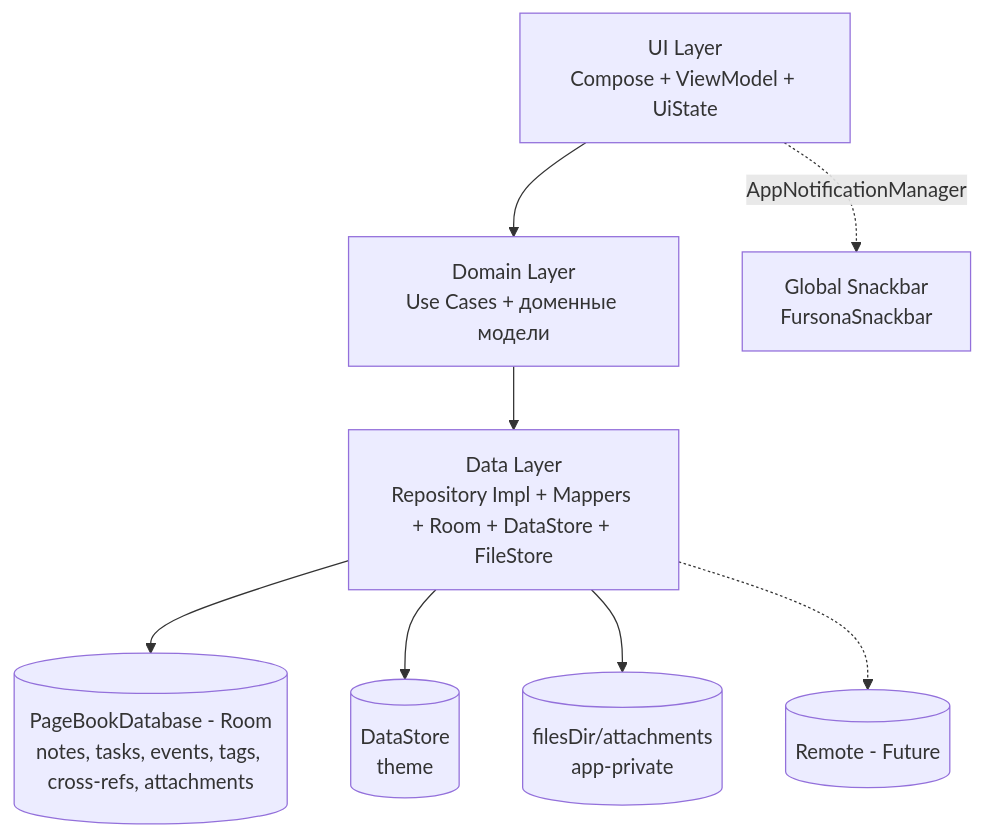
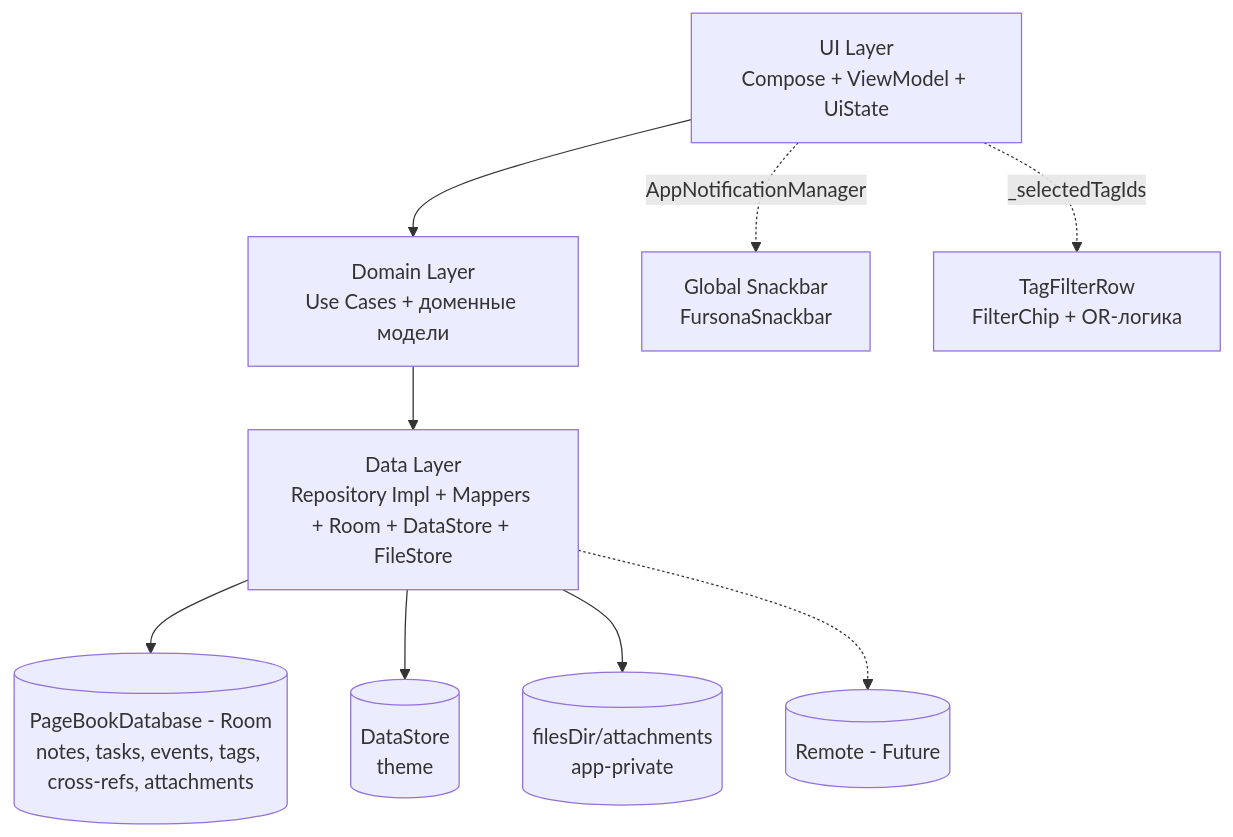
One commit to MaxGog/pagebook-android changed the diagram in README.md. Above: the diagram before and after it, drawn with Mermaid. The commit also changed other lines of this file and 12 other files, not shown here.

````diff
--- a/README.md
+++ b/README.md
@@ -101,11 +112,12 @@
 ```mermaid
 graph TD
    A[UI Layer<br/>Compose + ViewModel + UiState] --> B[Domain Layer<br/>Use Cases + доменные модели]
    B --> C[Data Layer<br/>Repository Impl + Mappers + Room + DataStore + FileStore]
    C --> D[(PageBookDatabase - Room<br/>notes, tasks, events, tags, cross-refs, attachments)]
    C --> F[(DataStore<br/>theme)]
    C --> G[(filesDir/attachments<br/>app-private)]
    
    A -.->|AppNotificationManager| H[Global Snackbar<br/>FursonaSnackbar]
+   A -.->|_selectedTagIds| I[TagFilterRow<br/>FilterChip + OR-логика]
    C -.-> E[(Remote - Future)]
 ```
````
